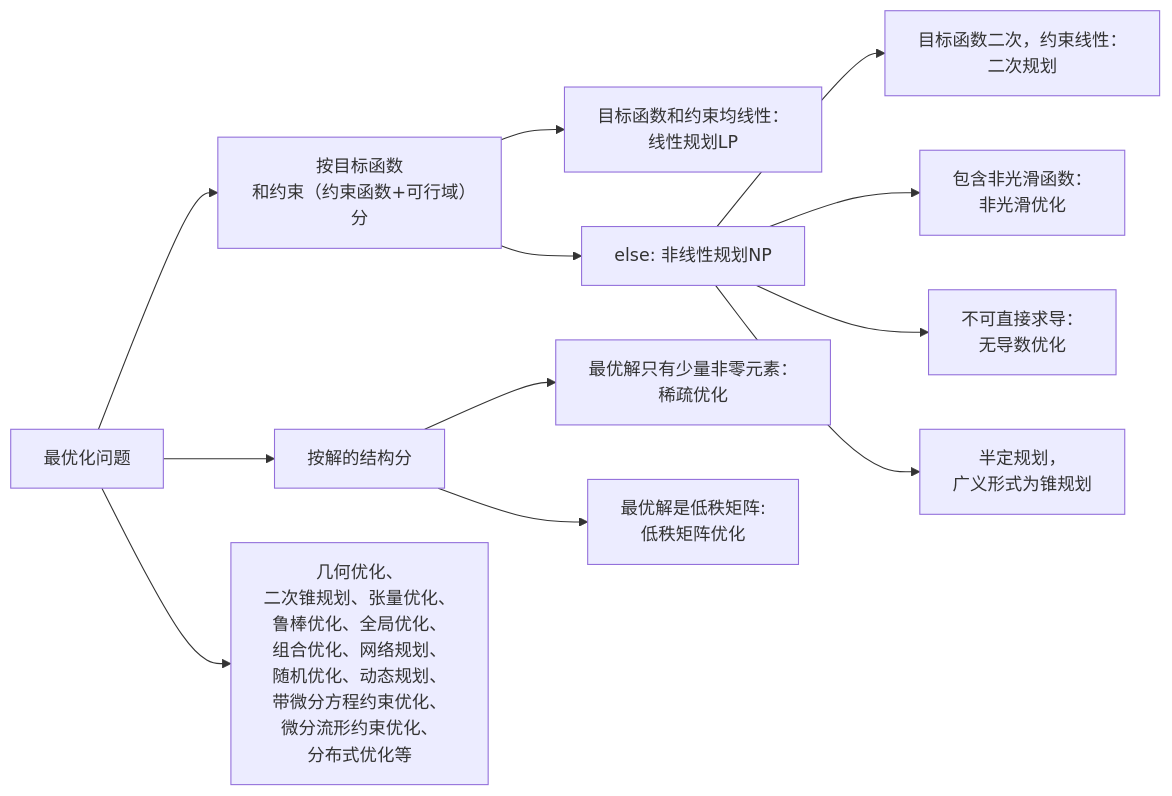
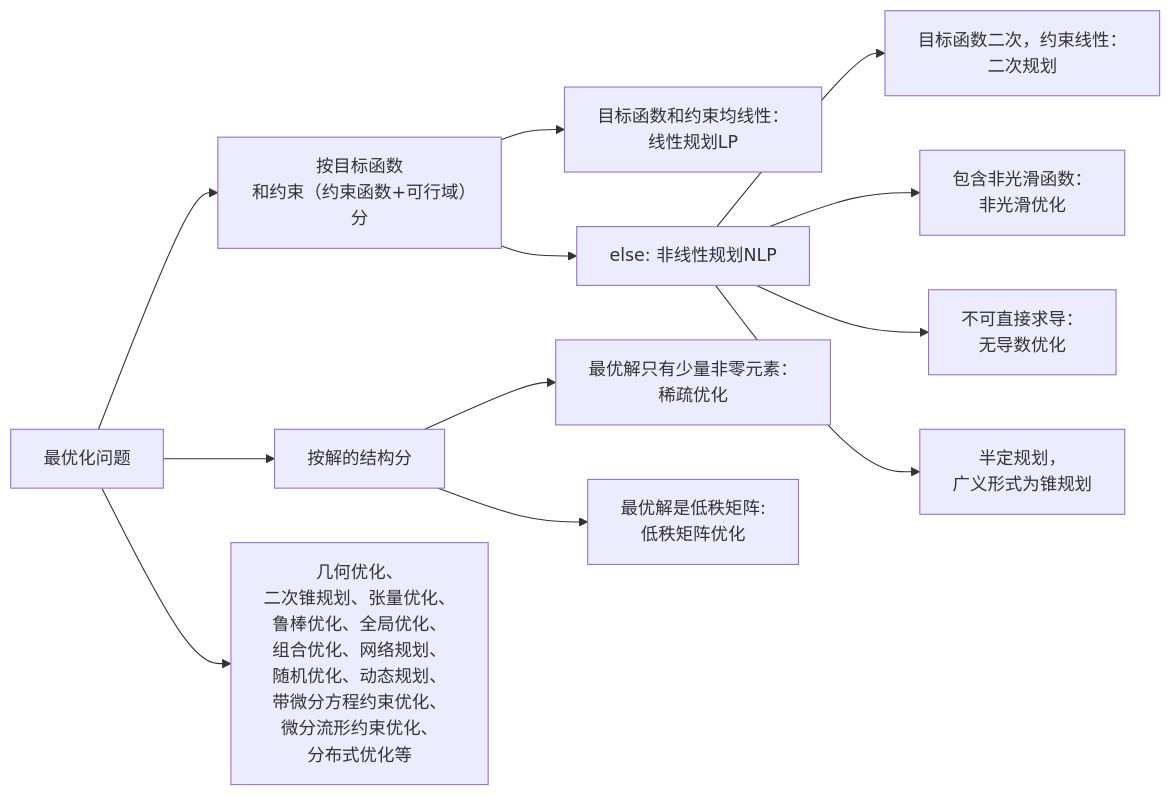
The diagram in Chapter1-Introduction/最优化简介.md (lucienclinton/optimisation), drawn with Mermaid before and after one commit. The commit also changed other lines of this file and 1 other file, not shown here.

````diff
--- a/Chapter1-Introduction/最优化简介.md
+++ b/Chapter1-Introduction/最优化简介.md
@@ -40,16 +40,16 @@
 ```mermaid
 graph LR
     A[最优化问题] --> B[按目标函数<br>和约束（约束函数+可行域）分]
     B --> B1[目标函数和约束均线性：<br> 线性规划LP]
-    B --> B2[else: 非线性规划NP]
+    B --> B2[else: 非线性规划NLP]
     B2 --> B21[目标函数二次，约束线性：<br>二次规划]
     B2 --> B22[包含非光滑函数：<br>非光滑优化]
     B2 --> B23[不可直接求导：<br>无导数优化]
     B2 --> B24[半定规划，<br>广义形式为锥规划]
     A --> D[按解的结构分]
     D --> D1[最优解只有少量非零元素：<br>稀疏优化]
     D --> D2[最优解是低秩矩阵:<br>低秩矩阵优化]
     A --> E[其他]
     E[几何优化、<br>二次锥规划、张量优化、<br>鲁棒优化、全局优化、<br>组合优化、网络规划、<br>随机优化、动态规划、<br>带微分方程约束优化、<br>微分流形约束优化、<br>分布式优化等]
 
 ```
````
